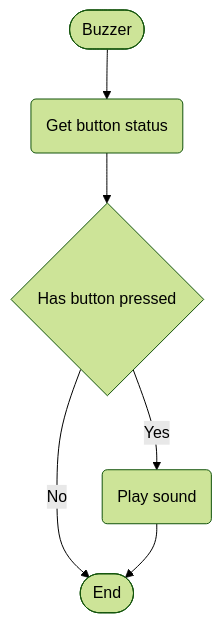
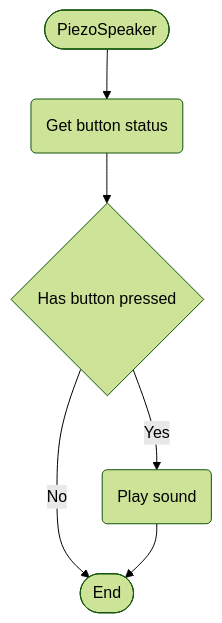
The diagram in logic.md (Glovania/Solar-Panel-SmartDevice), drawn with Mermaid (forest theme) before and after one commit. The commit also changed other lines of this file and 2 other files, not shown here.

````diff
--- a/logic.md
+++ b/logic.md
@@ -7,13 +7,13 @@
 ```mermaid
 flowchart TD
-    Start([Buzzer])
+    Start([PiezoSpeaker])
     getButtonStatus(Get button status)
     checkButton{Has button pressed}
     soundBuzzer(Play sound)
     finish([End])
 
     Start --> getButtonStatus --> checkButton
     checkButton --> |Yes| soundBuzzer
     checkButton --> |No| finish
     soundBuzzer --> finish
 ```
````
